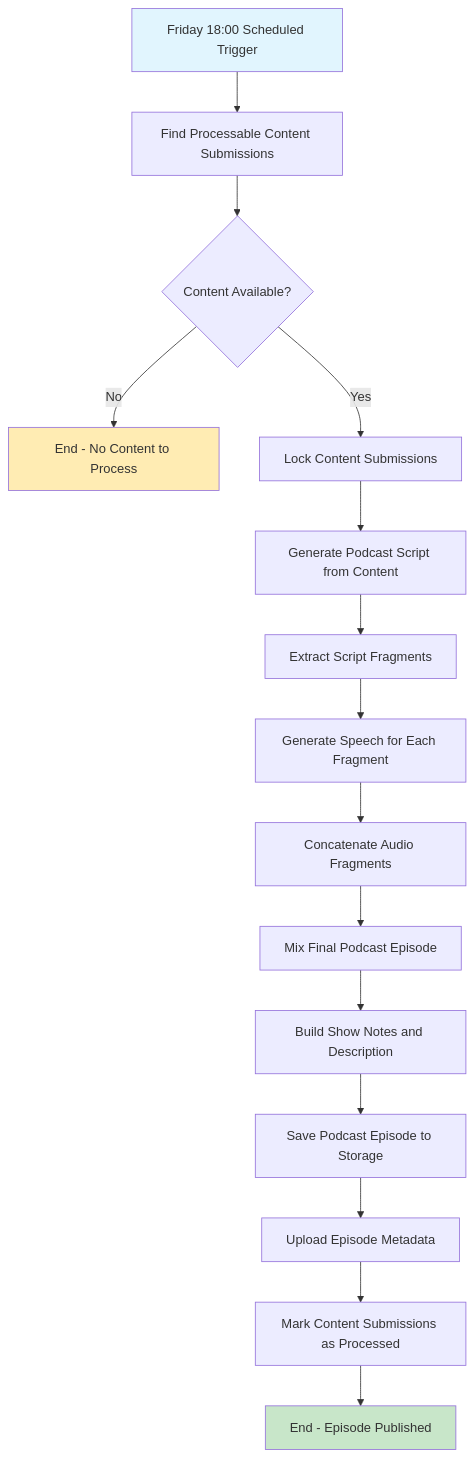
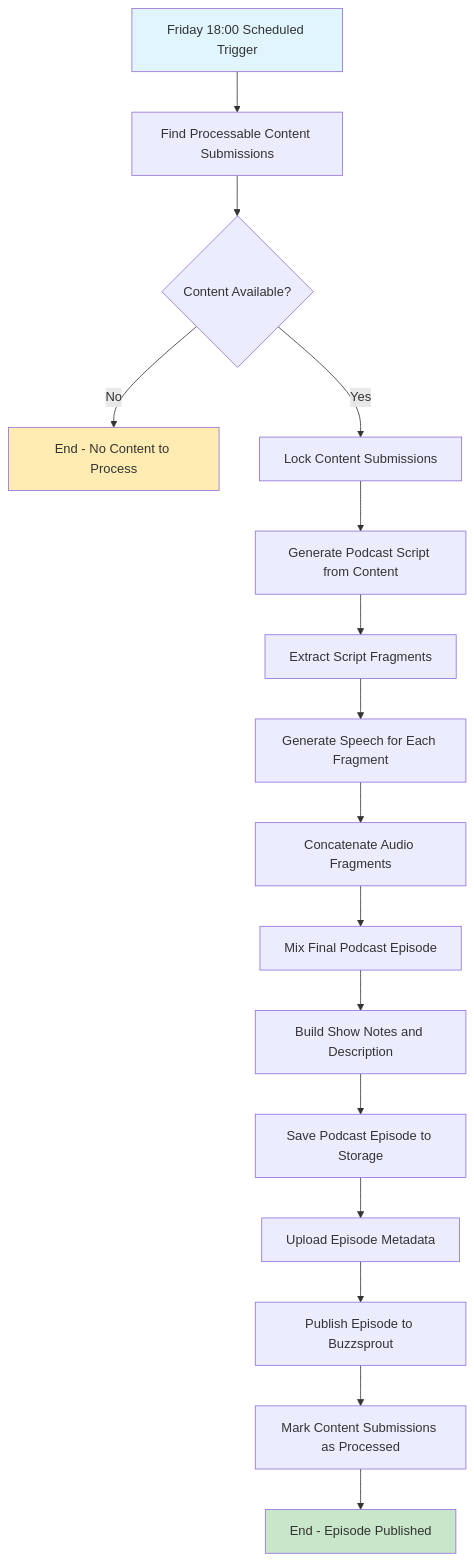
Before and after one commit to wmeints/agenttalks: the first of 2 diagrams in docs/architecture/06-runtime-view.md, drawn with Mermaid. The commit also changed other lines of this file and 19 other files, not shown here.

````diff
--- a/docs/architecture/06-runtime-view.md
+++ b/docs/architecture/06-runtime-view.md
@@ -22,21 +23,22 @@
 ```mermaid
 flowchart TD
     A[Friday 18:00 Scheduled Trigger] --> B[Find Processable Content Submissions]
     B --> C{Content Available?}
     C -->|No| D[End - No Content to Process]
     C -->|Yes| E[Lock Content Submissions]
     E --> F[Generate Podcast Script from Content]
     F --> G[Extract Script Fragments]
     G --> H[Generate Speech for Each Fragment]
     H --> I[Concatenate Audio Fragments]
     I --> J[Mix Final Podcast Episode]
     J --> K[Build Show Notes and Description]
     K --> L[Save Podcast Episode to Storage]
     L --> M[Upload Episode Metadata]
-    M --> N[Mark Content Submissions as Processed]
-    N --> O[End - Episode Published]
+    M --> N[Publish Episode to Buzzsprout]
+    N --> O[Mark Content Submissions as Processed]
+    O --> P[End - Episode Published]
     
     style A fill:#e1f5fe
-    style O fill:#c8e6c9
+    style P fill:#c8e6c9
     style D fill:#ffecb3
 ```
````
